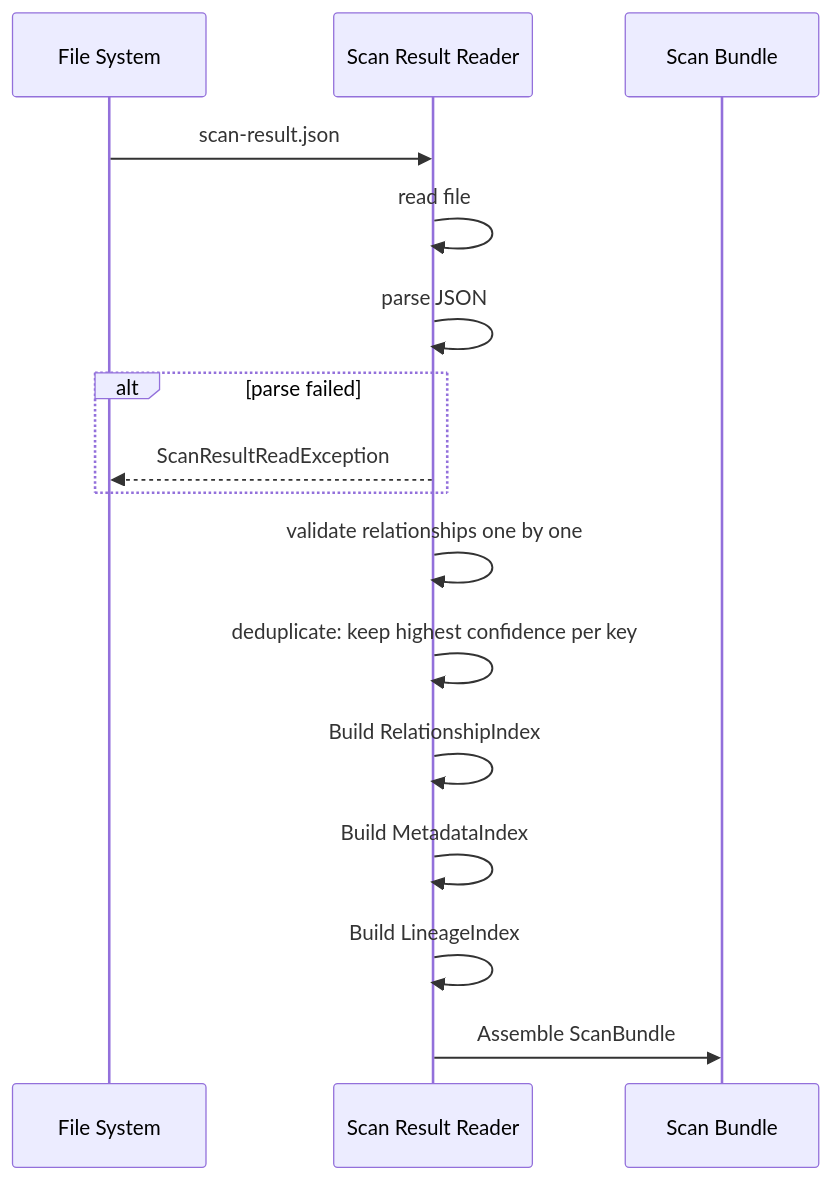
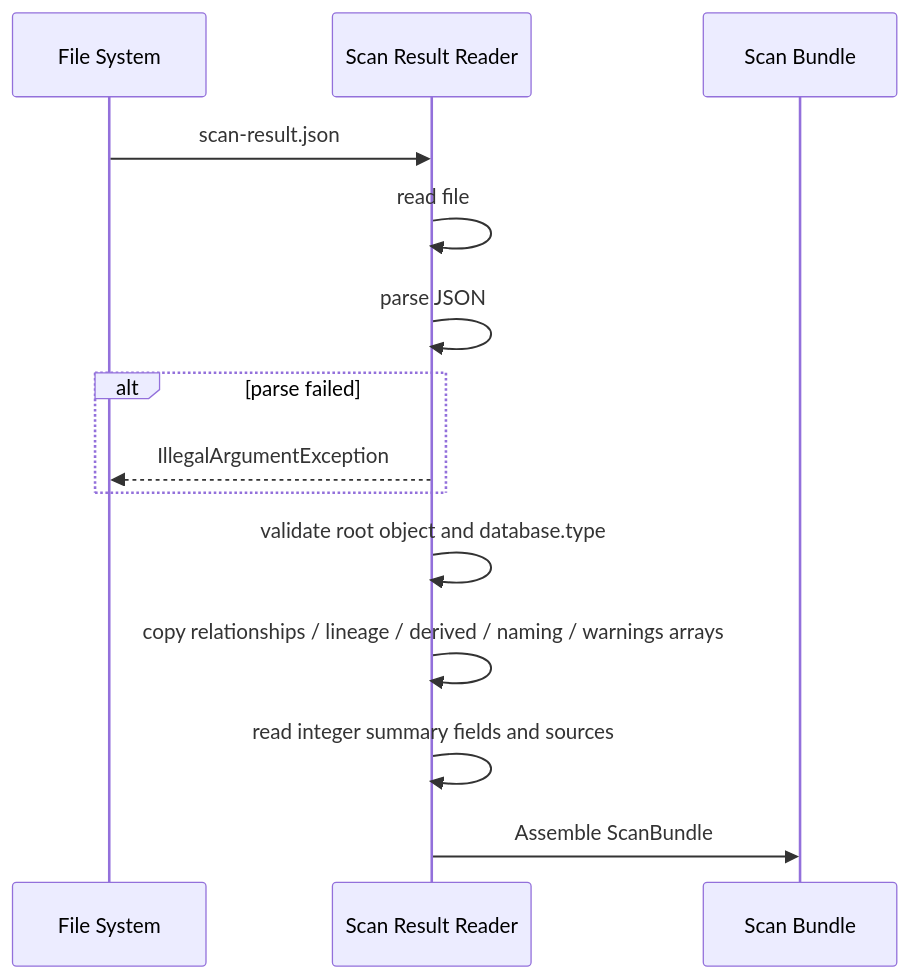
Before and after one commit to xiaoguang/relation-detector: the fourth of 4 diagrams in docs/design/semantic-layer/01-scan-result-reader.md, drawn with Mermaid. The commit also changed other lines of this file and 7021 other files, not shown here.

````diff
--- a/docs/design/semantic-layer/01-scan-result-reader.md
+++ b/docs/design/semantic-layer/01-scan-result-reader.md
@@ -290,19 +237,17 @@
 ```mermaid
 sequenceDiagram
     participant FS as File System
     participant SR as Scan Result Reader
     participant SB as Scan Bundle
 
     FS->>SR: scan-result.json
     SR->>SR: read file
     SR->>SR: parse JSON
     alt parse failed
-        SR-->>FS: ScanResultReadException
+        SR-->>FS: IllegalArgumentException
     end
-    SR->>SR: validate relationships one by one
-    SR->>SR: deduplicate: keep highest confidence per key
-    SR->>SR: Build RelationshipIndex
-    SR->>SR: Build MetadataIndex
-    SR->>SR: Build LineageIndex
+    SR->>SR: validate root object and database.type
+    SR->>SR: copy relationships / lineage / derived / naming / warnings arrays
+    SR->>SR: read integer summary fields and sources
     SR->>SB: Assemble ScanBundle
 ```
````
